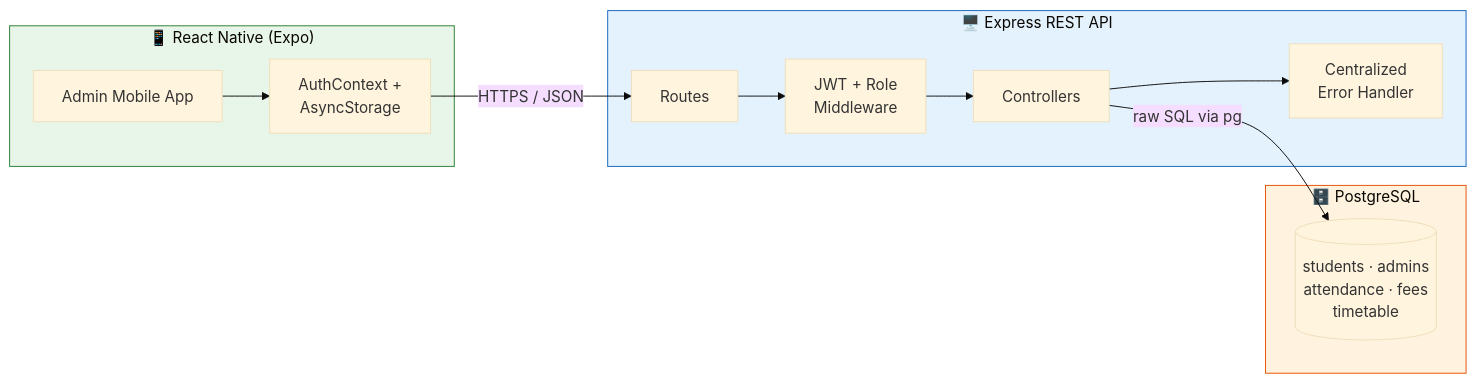
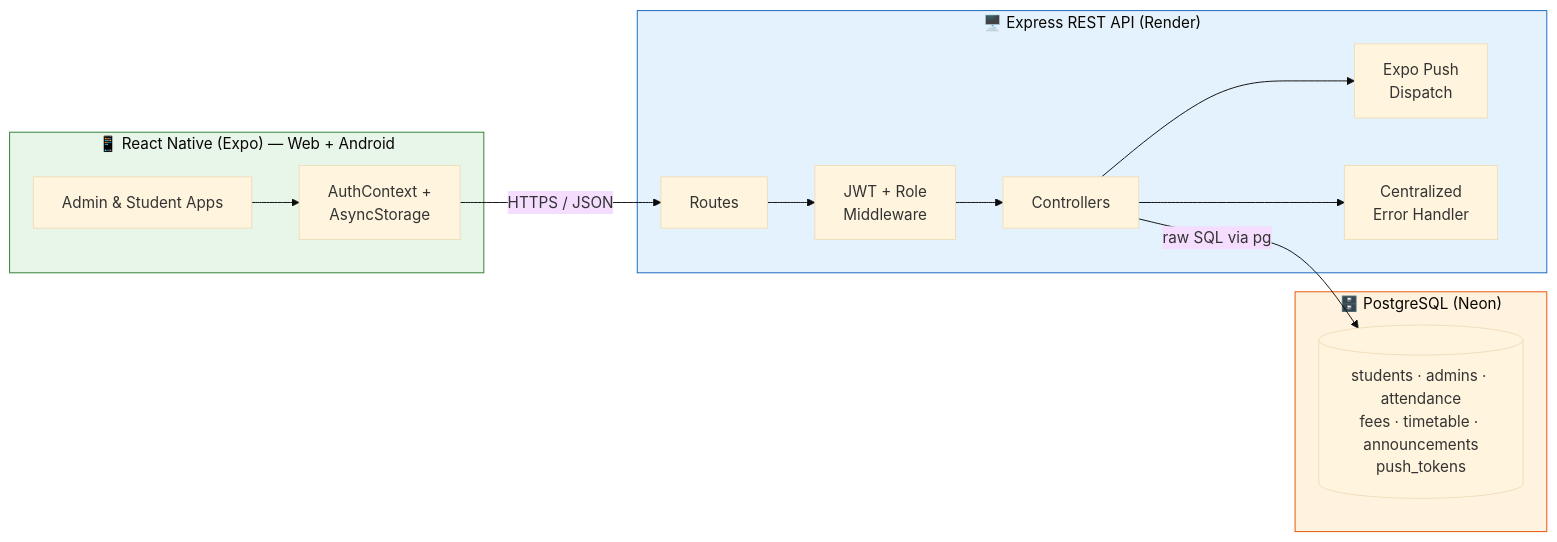
The diagram in README.md (saniasagheer05/education-erp), drawn with Mermaid (base theme) before and after one commit. The commit also changed other lines of this file, not shown here.

````diff
--- a/README.md
+++ b/README.md
@@ -71,26 +70,27 @@
 ```mermaid
 flowchart LR
-    subgraph Mobile["📱 React Native (Expo)"]
-        UI[Admin Mobile App]
+    subgraph Client["📱 React Native (Expo) — Web + Android"]
+        UI[Admin & Student Apps]
         Ctx[AuthContext +<br/>AsyncStorage]
         UI --> Ctx
     end
 
     Ctx -- HTTPS / JSON --> API
 
-    subgraph Backend["🖥️ Express REST API"]
+    subgraph Backend["🖥️ Express REST API (Render)"]
         API[Routes] --> MW[JWT + Role<br/>Middleware]
         MW --> Ctrl[Controllers]
+        Ctrl --> Push[Expo Push<br/>Dispatch]
         Ctrl --> Err[Centralized<br/>Error Handler]
     end
 
     Ctrl -- raw SQL via pg --> DB
 
-    subgraph Database["🗄️ PostgreSQL"]
-        DB[(students · admins<br/>attendance · fees<br/>timetable)]
+    subgraph Database["🗄️ PostgreSQL (Neon)"]
+        DB[(students · admins · attendance<br/>fees · timetable · announcements<br/>push_tokens)]
     end
 
-    style Mobile fill:#e8f5e9,stroke:#2e7d32
+    style Client fill:#e8f5e9,stroke:#2e7d32
     style Backend fill:#e3f2fd,stroke:#1565c0
     style Database fill:#fff3e0,stroke:#e65100
 ```
````
